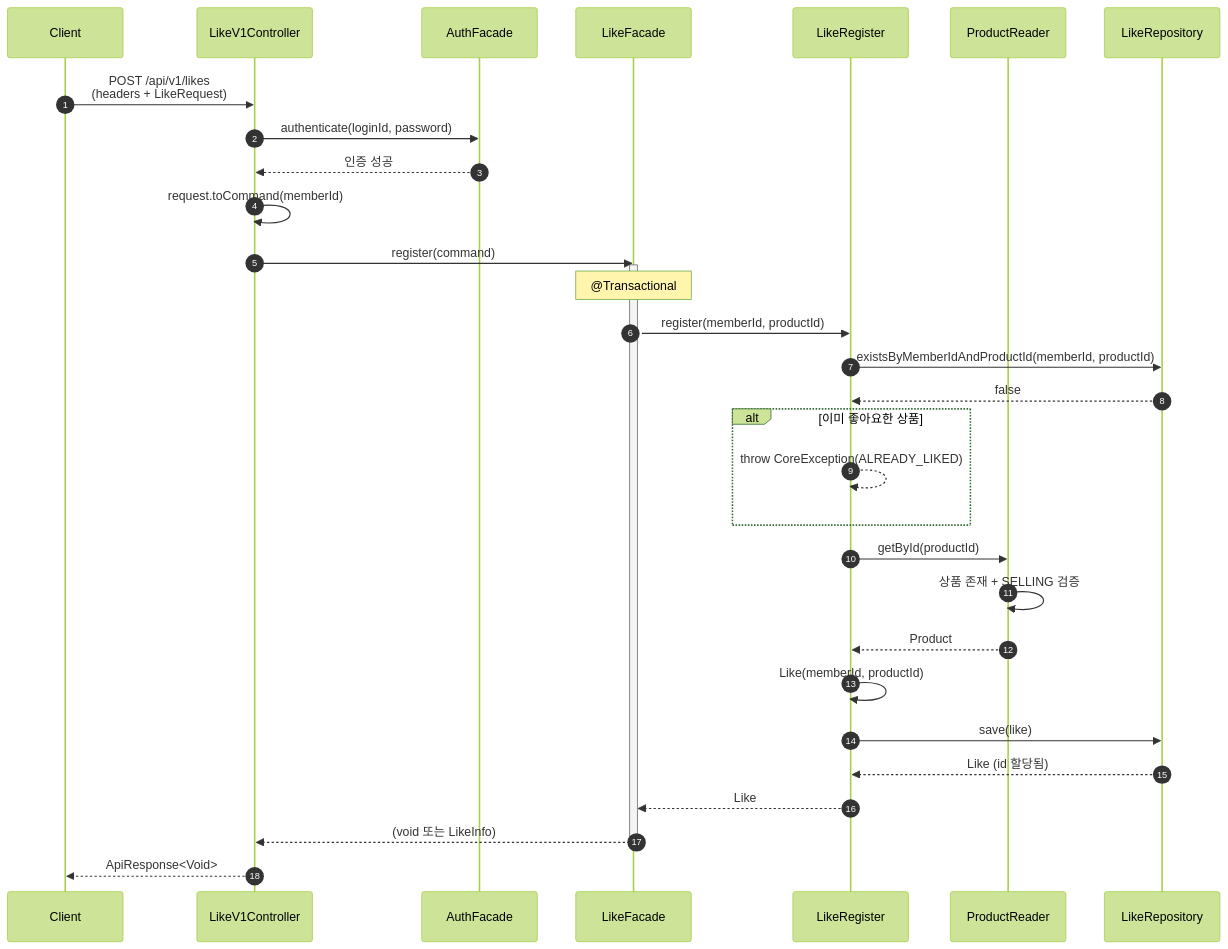
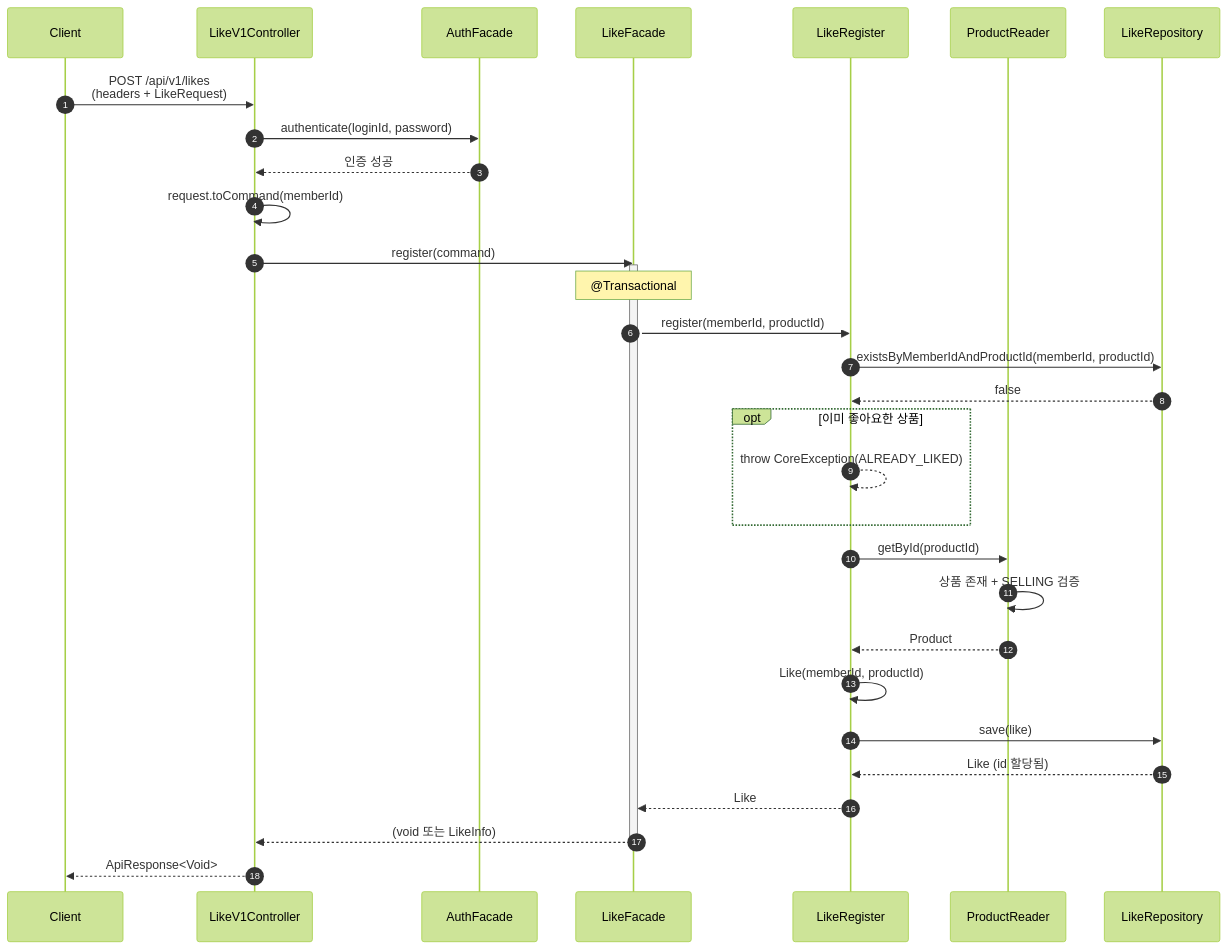
One commit to Loopers-dev-lab/loop-pack-be-l2-vol3-kotlin changed the sixth of 9 diagrams in .docs/design/02-sequence-diagrams.md. Above: the diagram before and after it, drawn with Mermaid (forest theme). The commit also changed other lines of this file and 1 other file, not shown here.

First line of the commit message:
docs(design): UML 표준 준수를 위한 다이어그램 표기법 수정

````diff
--- a/.docs/design/02-sequence-diagrams.md
+++ b/.docs/design/02-sequence-diagrams.md
@@ -275,44 +275,44 @@
 ```mermaid
 sequenceDiagram
     autonumber
     participant Client
     participant Controller as LikeV1Controller
     participant AuthFacade as AuthFacade
     participant Facade as LikeFacade
     participant Register as LikeRegister
     participant ProductReader as ProductReader
     participant Repository as LikeRepository
 
     Client->>Controller: POST /api/v1/likes<br/>(headers + LikeRequest)
     Controller->>AuthFacade: authenticate(loginId, password)
     AuthFacade-->>Controller: 인증 성공
 
     Controller->>Controller: request.toCommand(memberId)
     Controller->>Facade: register(command)
     activate Facade
 
     Note over Facade: @Transactional
 
     Facade->>Register: register(memberId, productId)
 
     Register->>Repository: existsByMemberIdAndProductId(memberId, productId)
     Repository-->>Register: false
 
-    alt 이미 좋아요한 상품
+    opt 이미 좋아요한 상품
         Register-->>Register: throw CoreException(ALREADY_LIKED)
     end
 
     Register->>ProductReader: getById(productId)
     ProductReader->>ProductReader: 상품 존재 + SELLING 검증
     ProductReader-->>Register: Product
 
     Register->>Register: Like(memberId, productId)
     Register->>Repository: save(like)
     Repository-->>Register: Like (id 할당됨)
     Register-->>Facade: Like
 
     Facade-->>Controller: (void 또는 LikeInfo)
     deactivate Facade
 
     Controller-->>Client: ApiResponse<Void>
 ```
````
